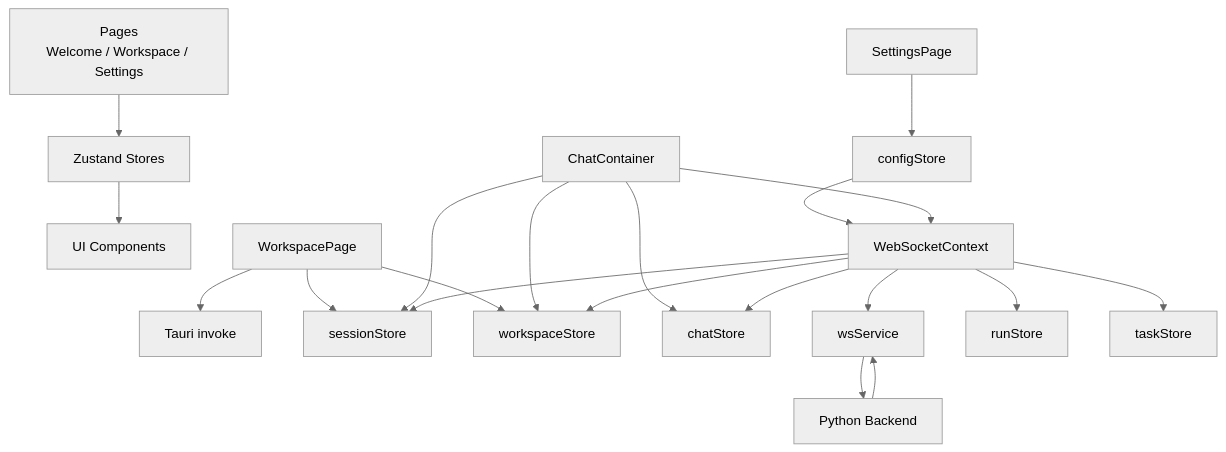
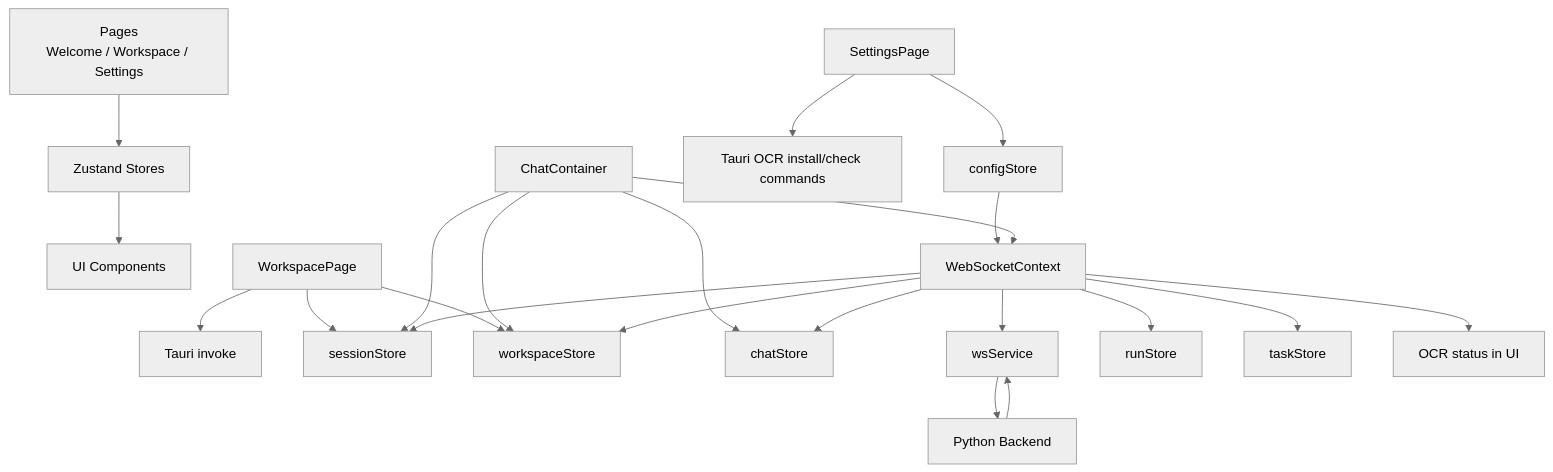
The third of 5 diagrams in architecture.md (ChqJourney/simple_agent), drawn with Mermaid (neutral theme) before and after one commit. The commit also changed other lines of this file and 3 other files, not shown here.

````diff
--- a/architecture.md
+++ b/architecture.md
@@ -258,27 +282,29 @@
 ```mermaid
 flowchart TD
     Pages["Pages<br/>Welcome / Workspace / Settings"] --> Stores["Zustand Stores"]
     Stores --> Components["UI Components"]
 
     Settings["SettingsPage"] --> ConfigStore["configStore"]
     ConfigStore --> WSContext["WebSocketContext"]
+    Settings --> TauriOcr["Tauri OCR install/check commands"]
 
     Workspace["WorkspacePage"] --> TauriCmd["Tauri invoke"]
     Workspace --> SessionStore["sessionStore"]
     Workspace --> WorkspaceStore["workspaceStore"]
 
     Chat["ChatContainer"] --> ChatStore["chatStore"]
     Chat --> SessionStore
     Chat --> WorkspaceStore
     Chat --> WSContext
 
     WSContext --> WSService["wsService"]
     WSService --> Backend["Python Backend"]
 
     Backend --> WSService
     WSContext --> RunStore["runStore"]
     WSContext --> TaskStore["taskStore"]
     WSContext --> WorkspaceStore
     WSContext --> ChatStore
     WSContext --> SessionStore
+    WSContext --> OcrState["OCR status in UI"]
 ```
````
